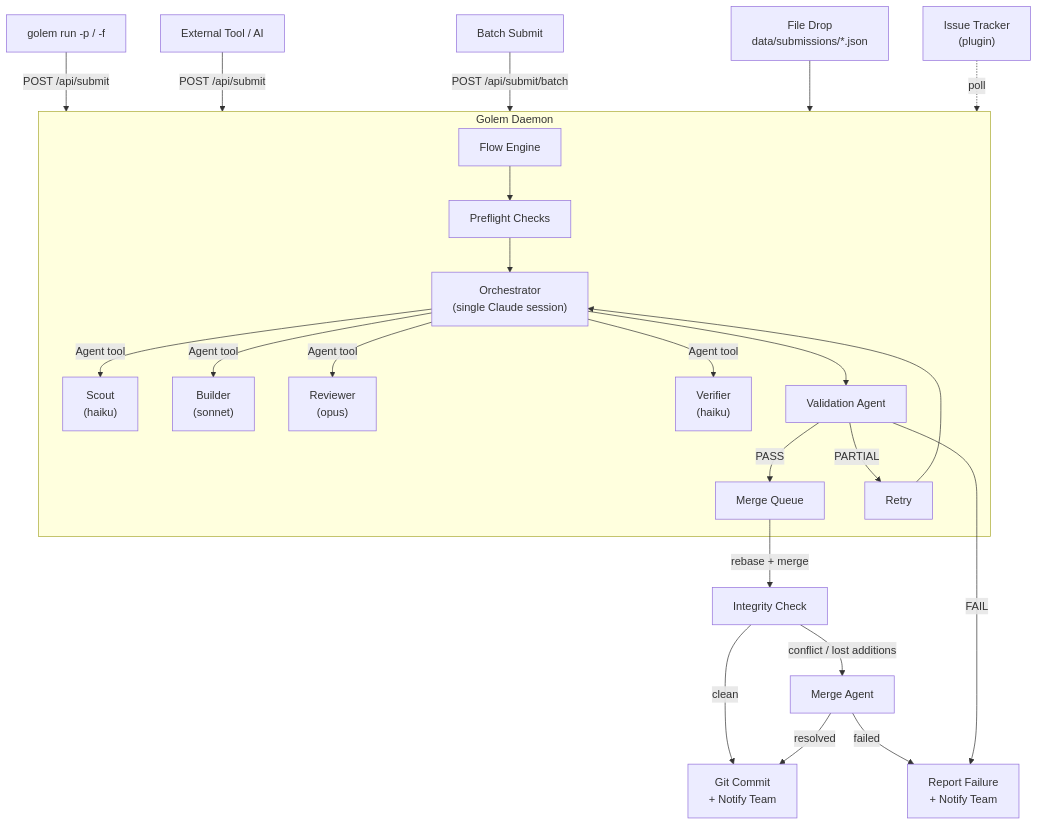
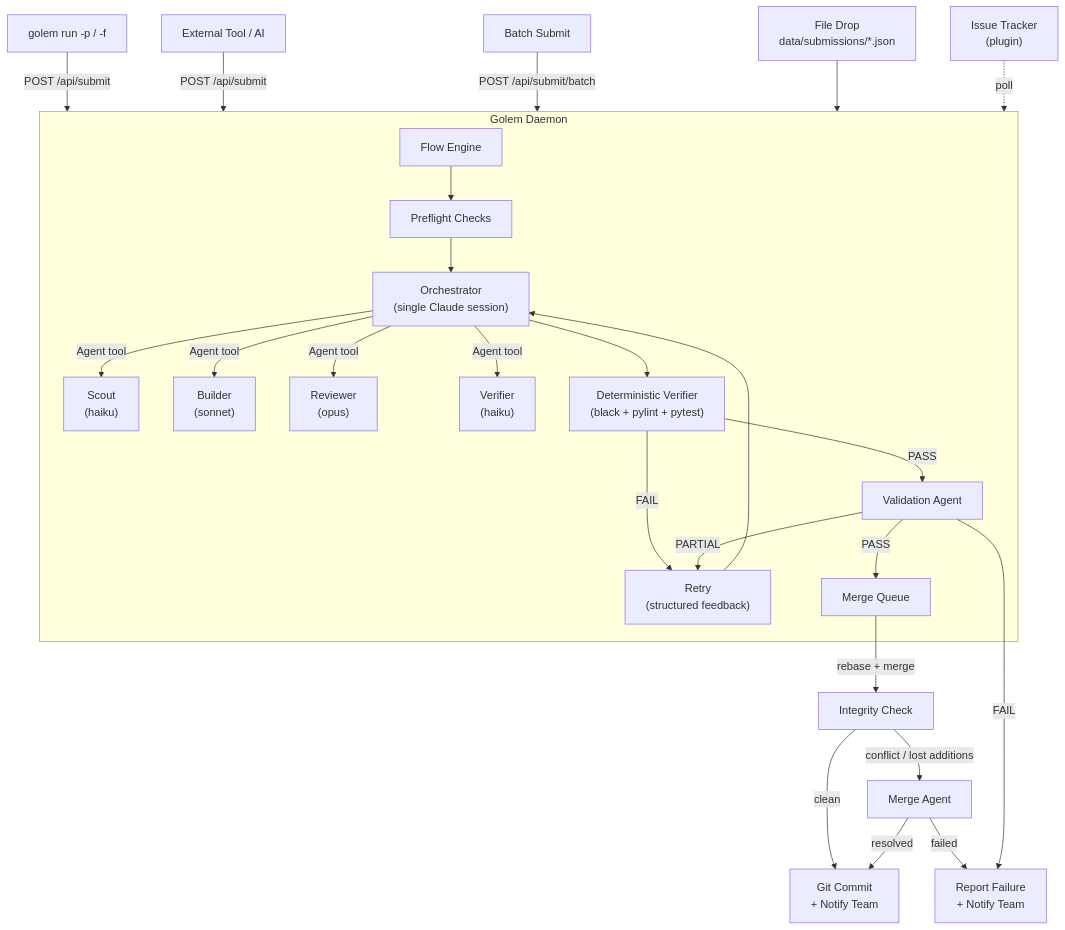
Before and after one commit to itsmeboris/Golem: the first of 5 diagrams in README.md, drawn with Mermaid. The commit also changed other lines of this file and 2 other files, not shown here.

````diff
--- a/README.md
+++ b/README.md
@@ -164,31 +164,34 @@
 ```mermaid
 flowchart TB
     cli["golem run -p / -f"] -- "POST /api/submit" --> daemon
     api["External Tool / AI"] -- "POST /api/submit" --> daemon
     batch["Batch Submit"] -- "POST /api/submit/batch" --> daemon
     drop["File Drop<br/>data/submissions/*.json"] --> daemon
     tracker["Issue Tracker<br/>(plugin)"] -. "poll" .-> daemon
 
     subgraph daemon ["Golem Daemon"]
         flow["Flow Engine"] --> preflight["Preflight Checks"]
         preflight --> orch["Orchestrator<br/>(single Claude session)"]
 
         orch -- "Agent tool" --> scout["Scout<br/>(haiku)"]
         orch -- "Agent tool" --> builder["Builder<br/>(sonnet)"]
         orch -- "Agent tool" --> reviewer["Reviewer<br/>(opus)"]
         orch -- "Agent tool" --> verifier["Verifier<br/>(haiku)"]
 
-        orch --> val["Validation Agent"]
+        orch --> vfy["Deterministic Verifier<br/>(black + pylint + pytest)"]
+
+        vfy -- FAIL --> retry["Retry<br/>(structured feedback)"]
+        retry --> orch
+        vfy -- PASS --> val["Validation Agent"]
 
         val -- PASS --> mq["Merge Queue"]
-        val -- PARTIAL --> retry["Retry"]
-        retry --> orch
+        val -- PARTIAL --> retry
     end
 
     mq -- "rebase + merge" --> verify["Integrity Check"]
     verify -- "clean" --> commit["Git Commit<br/>+ Notify Team"]
     verify -- "conflict / lost additions" --> magent["Merge Agent"]
     magent -- "resolved" --> commit
     magent -- "failed" --> report
     val -- FAIL --> report["Report Failure<br/>+ Notify Team"]
 ```
````
